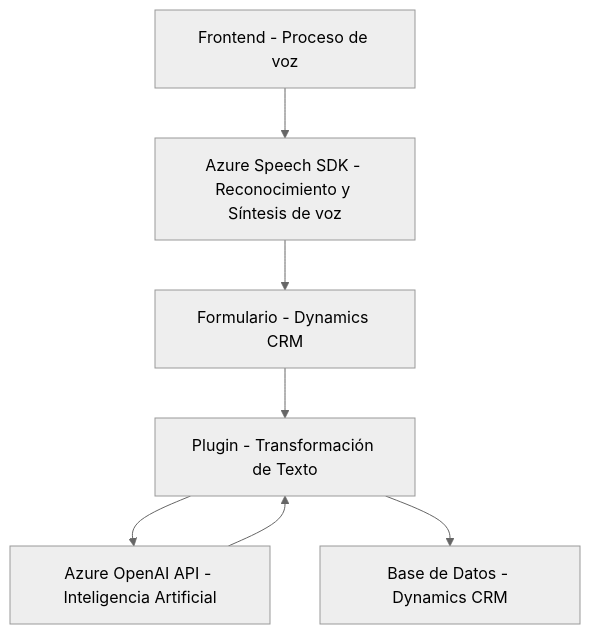
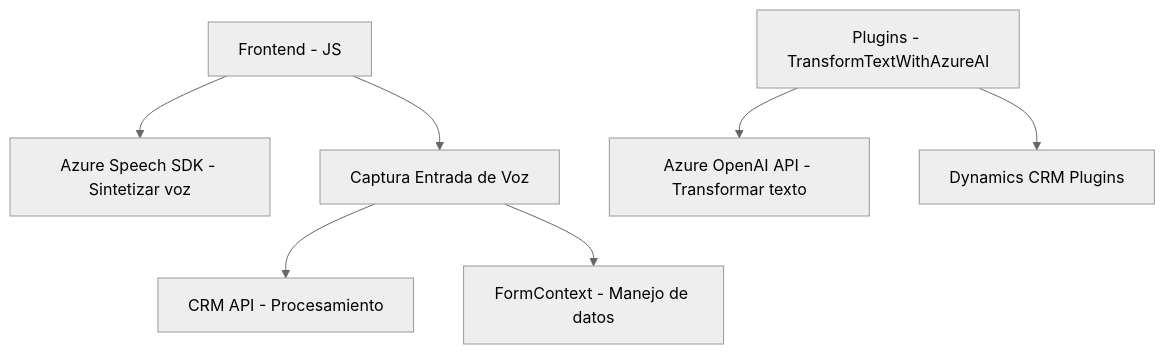
The diagram in README.md (blopezdm/NETCORE_BILBAO2025), drawn with Mermaid (neutral theme) before and after one commit. The commit also changed other lines of this file, not shown here.

````diff
--- a/README.md
+++ b/README.md
@@ -62,16 +24,18 @@
 ```mermaid
 graph TD
-    A["Frontend - Proceso de voz"]
-    B["Azure Speech SDK - Reconocimiento y Síntesis de voz"]
-    C["Formulario - Dynamics CRM"]
-    D["Plugin - Transformación de Texto"]
-    E["Azure OpenAI API - Inteligencia Artificial"]
-    F["Base de Datos - Dynamics CRM"]
+    A["Frontend - JS"]
+    B["Azure Speech SDK"]
+    C["Custom CRM API"]
+    D["VoiceInputHandler JS"]
+    E["FormContext CRM"]
+    F["Plugins - TransformTextWithAzureAI"]
+    G["Azure OpenAI"]
+    H["Dynamics CRM"]
 
-    A --> B
-    B --> C
-    C --> D
-    D --> E
-    E --> D
-    D --> F
+    A --> B["Azure Speech SDK - Sintetizar voz"]
+    A --> D["Captura Entrada de Voz"]
+    D --> C["CRM API - Procesamiento"]
+    D --> E["FormContext - Manejo de datos"]
+    F --> G["Azure OpenAI API - Transformar texto"]
+    F --> H["Dynamics CRM Plugins"]
 ```
````
